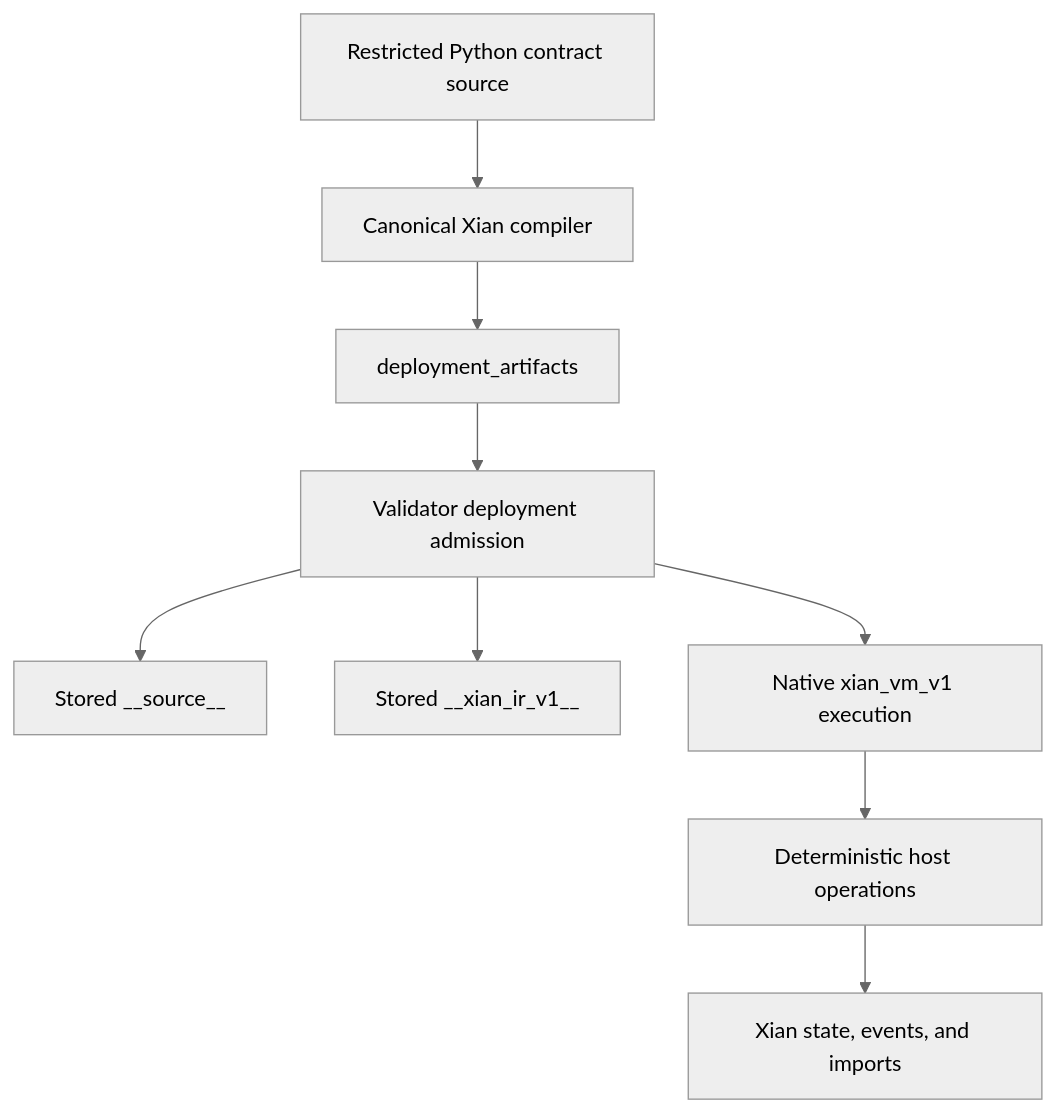
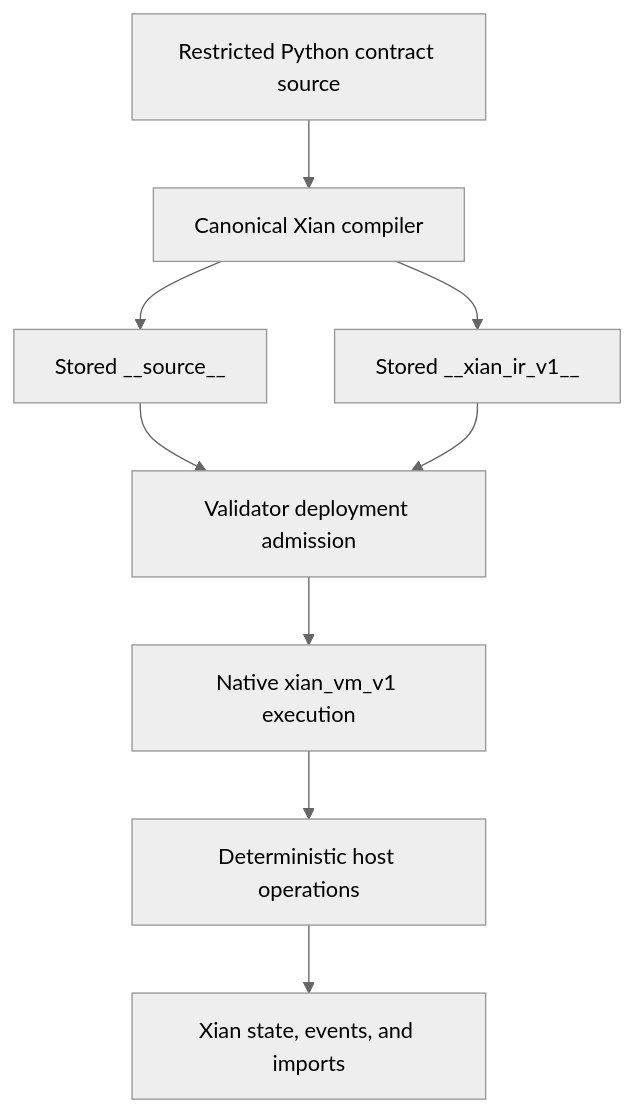
One commit to xian-technology/xian-docs-web changed the diagram in concepts/xian-vm.md. Above: the diagram before and after it, drawn with Mermaid (neutral theme). The commit also changed other lines of this file and 25 other files, not shown here.

````diff
--- a/concepts/xian-vm.md
+++ b/concepts/xian-vm.md
@@ -41,21 +42,20 @@
 ```mermaid
 flowchart TD
   Source["Restricted Python contract source"]
   Compiler["Canonical Xian compiler"]
-  Artifacts["deployment_artifacts"]
   SourceArtifact["Stored __source__"]
   IR["Stored __xian_ir_v1__"]
   Admission["Validator deployment admission"]
   VM["Native xian_vm_v1 execution"]
   Host["Deterministic host operations"]
   State["Xian state, events, and imports"]
 
   Source --> Compiler
-  Compiler --> Artifacts
-  Artifacts --> Admission
-  Admission --> SourceArtifact
-  Admission --> IR
+  Compiler --> SourceArtifact
+  Compiler --> IR
+  SourceArtifact --> Admission
+  IR --> Admission
   Admission --> VM
   VM --> Host
   Host --> State
 ```
````
